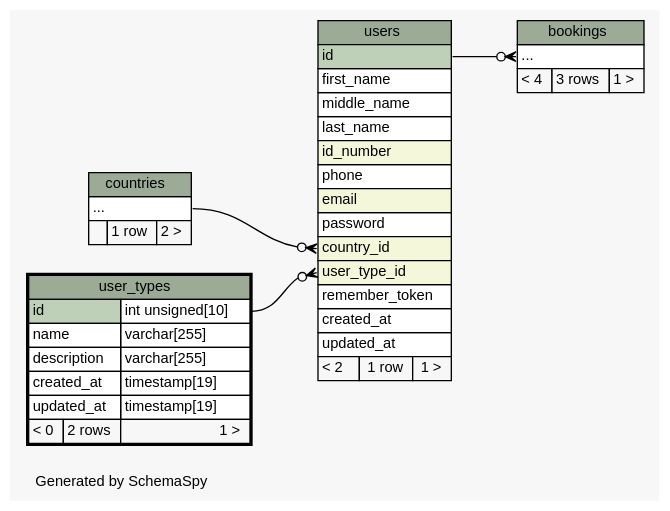
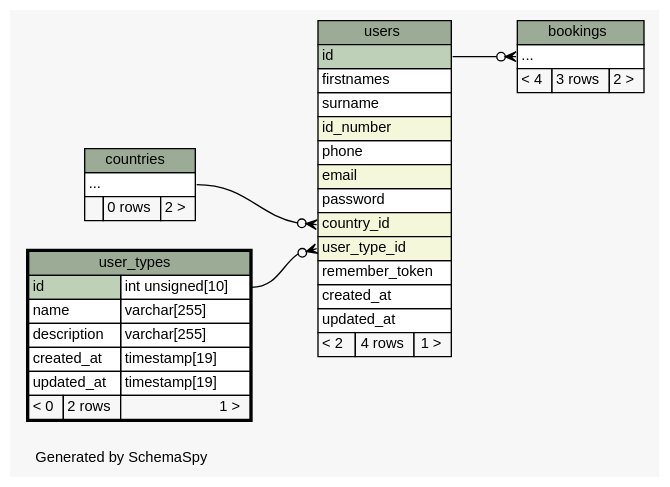
One commit to joaonzangoII/flightbookingsystem changed the diagram in web/app/database/schema/diagrams/user_types.2degrees.dot. Above: the diagram before and after it, drawn with Graphviz. The commit also changed 441 other files, not shown here.

```diff
--- a/web/app/database/schema/diagrams/user_types.2degrees.dot
+++ b/web/app/database/schema/diagrams/user_types.2degrees.dot
@@ -1,81 +1,80 @@
-// dot 2.38.0 on Linux 4.8.0-49-generic
+// dot 2.38.0 on Linux 4.10.0-21-generic
 // SchemaSpy rev 590
 digraph "twoDegreesRelationshipsDiagram" {
   graph [
     rankdir="RL"
     bgcolor="#f7f7f7"
     label="\nGenerated by SchemaSpy"
     labeljust="l"
     nodesep="0.18"
     ranksep="0.46"
     fontname="Helvetica"
     fontsize="11"
   ];
   node [
     fontname="Helvetica"
     fontsize="11"
     shape="plaintext"
   ];
   edge [
     arrowsize="0.8"
   ];
   "bookings":"elipses":w -> "users":"id":e [arrowhead=none dir=back arrowtail=crowodot];
   "users":"country_id":w -> "countries":"elipses":e [arrowhead=none dir=back arrowtail=crowodot];
   "users":"user_type_id":w -> "user_types":"id.type":e [arrowhead=none dir=back arrowtail=crowodot];
   "bookings" [
     label=<
     <TABLE BORDER="0" CELLBORDER="1" CELLSPACING="0" BGCOLOR="#ffffff">
       <TR><TD COLSPAN="3" BGCOLOR="#9bab96" ALIGN="CENTER">bookings</TD></TR>
       <TR><TD PORT="elipses" COLSPAN="3" ALIGN="LEFT">...</TD></TR>
-      <TR><TD ALIGN="LEFT" BGCOLOR="#f7f7f7">&lt; 4</TD><TD ALIGN="RIGHT" BGCOLOR="#f7f7f7">3 rows</TD><TD ALIGN="RIGHT" BGCOLOR="#f7f7f7">1 &gt;</TD></TR>
+      <TR><TD ALIGN="LEFT" BGCOLOR="#f7f7f7">&lt; 4</TD><TD ALIGN="RIGHT" BGCOLOR="#f7f7f7">3 rows</TD><TD ALIGN="RIGHT" BGCOLOR="#f7f7f7">2 &gt;</TD></TR>
     </TABLE>>
     URL="bookings.html"
     tooltip="bookings"
   ];
   "countries" [
     label=<
     <TABLE BORDER="0" CELLBORDER="1" CELLSPACING="0" BGCOLOR="#ffffff">
       <TR><TD COLSPAN="3" BGCOLOR="#9bab96" ALIGN="CENTER">countries</TD></TR>
       <TR><TD PORT="elipses" COLSPAN="3" ALIGN="LEFT">...</TD></TR>
-      <TR><TD ALIGN="LEFT" BGCOLOR="#f7f7f7">  </TD><TD ALIGN="RIGHT" BGCOLOR="#f7f7f7">1 row</TD><TD ALIGN="RIGHT" BGCOLOR="#f7f7f7">2 &gt;</TD></TR>
+      <TR><TD ALIGN="LEFT" BGCOLOR="#f7f7f7">  </TD><TD ALIGN="RIGHT" BGCOLOR="#f7f7f7">0 rows</TD><TD ALIGN="RIGHT" BGCOLOR="#f7f7f7">2 &gt;</TD></TR>
     </TABLE>>
     URL="countries.html"
     tooltip="countries"
   ];
   "user_types" [
     label=<
     <TABLE BORDER="2" CELLBORDER="1" CELLSPACING="0" BGCOLOR="#ffffff">
       <TR><TD COLSPAN="3" BGCOLOR="#9bab96" ALIGN="CENTER">user_types</TD></TR>
       <TR><TD PORT="id" COLSPAN="2" BGCOLOR="#bed1b8" ALIGN="LEFT">id</TD><TD PORT="id.type" ALIGN="LEFT">int unsigned[10]</TD></TR>
       <TR><TD PORT="name" COLSPAN="2" ALIGN="LEFT">name</TD><TD PORT="name.type" ALIGN="LEFT">varchar[255]</TD></TR>
       <TR><TD PORT="description" COLSPAN="2" ALIGN="LEFT">description</TD><TD PORT="description.type" ALIGN="LEFT">varchar[255]</TD></TR>
       <TR><TD PORT="created_at" COLSPAN="2" ALIGN="LEFT">created_at</TD><TD PORT="created_at.type" ALIGN="LEFT">timestamp[19]</TD></TR>
       <TR><TD PORT="updated_at" COLSPAN="2" ALIGN="LEFT">updated_at</TD><TD PORT="updated_at.type" ALIGN="LEFT">timestamp[19]</TD></TR>
       <TR><TD ALIGN="LEFT" BGCOLOR="#f7f7f7">&lt; 0</TD><TD ALIGN="RIGHT" BGCOLOR="#f7f7f7">2 rows</TD><TD ALIGN="RIGHT" BGCOLOR="#f7f7f7">1 &gt;</TD></TR>
     </TABLE>>
     URL="user_types.html"
     tooltip="user_types"
   ];
   "users" [
     label=<
     <TABLE BORDER="0" CELLBORDER="1" CELLSPACING="0" BGCOLOR="#ffffff">
       <TR><TD COLSPAN="3" BGCOLOR="#9bab96" ALIGN="CENTER">users</TD></TR>
       <TR><TD PORT="id" COLSPAN="3" BGCOLOR="#bed1b8" ALIGN="LEFT">id</TD></TR>
-      <TR><TD PORT="first_name" COLSPAN="3" ALIGN="LEFT">first_name</TD></TR>
-      <TR><TD PORT="middle_name" COLSPAN="3" ALIGN="LEFT">middle_name</TD></TR>
-      <TR><TD PORT="last_name" COLSPAN="3" ALIGN="LEFT">last_name</TD></TR>
+      <TR><TD PORT="firstnames" COLSPAN="3" ALIGN="LEFT">firstnames</TD></TR>
+      <TR><TD PORT="surname" COLSPAN="3" ALIGN="LEFT">surname</TD></TR>
       <TR><TD PORT="id_number" COLSPAN="3" BGCOLOR="#f4f7da" ALIGN="LEFT">id_number</TD></TR>
       <TR><TD PORT="phone" COLSPAN="3" ALIGN="LEFT">phone</TD></TR>
       <TR><TD PORT="email" COLSPAN="3" BGCOLOR="#f4f7da" ALIGN="LEFT">email</TD></TR>
       <TR><TD PORT="password" COLSPAN="3" ALIGN="LEFT">password</TD></TR>
       <TR><TD PORT="country_id" COLSPAN="3" BGCOLOR="#f4f7da" ALIGN="LEFT">country_id</TD></TR>
       <TR><TD PORT="user_type_id" COLSPAN="3" BGCOLOR="#f4f7da" ALIGN="LEFT">user_type_id</TD></TR>
       <TR><TD PORT="remember_token" COLSPAN="3" ALIGN="LEFT">remember_token</TD></TR>
       <TR><TD PORT="created_at" COLSPAN="3" ALIGN="LEFT">created_at</TD></TR>
       <TR><TD PORT="updated_at" COLSPAN="3" ALIGN="LEFT">updated_at</TD></TR>
-      <TR><TD ALIGN="LEFT" BGCOLOR="#f7f7f7">&lt; 2</TD><TD ALIGN="RIGHT" BGCOLOR="#f7f7f7">1 row</TD><TD ALIGN="RIGHT" BGCOLOR="#f7f7f7">1 &gt;</TD></TR>
+      <TR><TD ALIGN="LEFT" BGCOLOR="#f7f7f7">&lt; 2</TD><TD ALIGN="RIGHT" BGCOLOR="#f7f7f7">4 rows</TD><TD ALIGN="RIGHT" BGCOLOR="#f7f7f7">1 &gt;</TD></TR>
     </TABLE>>
     URL="users.html"
     tooltip="users"
   ];
 }
```
